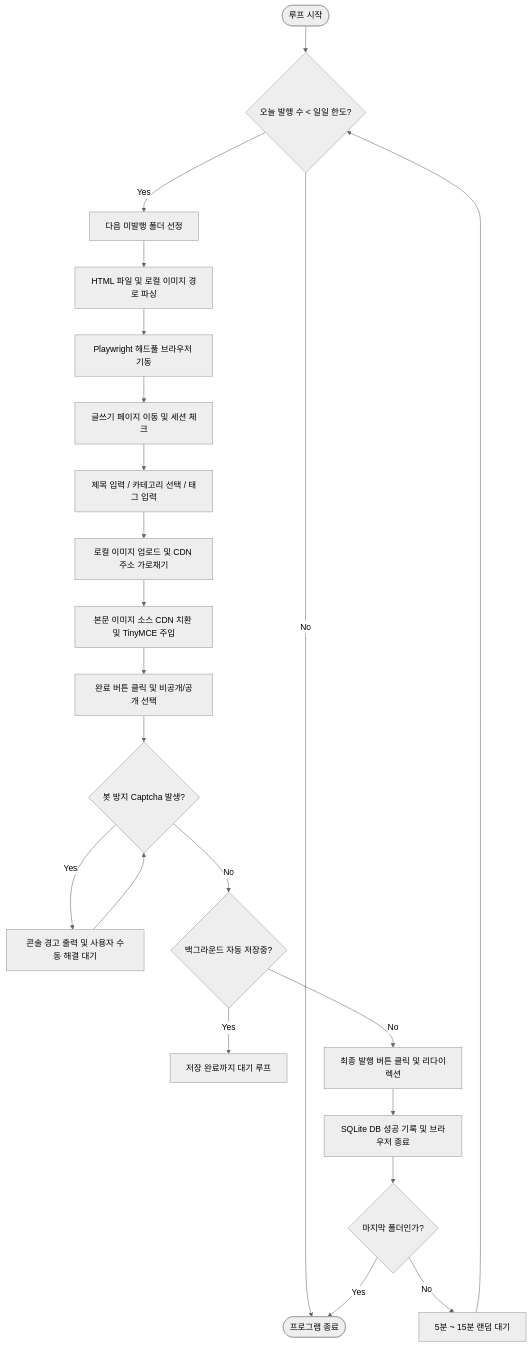
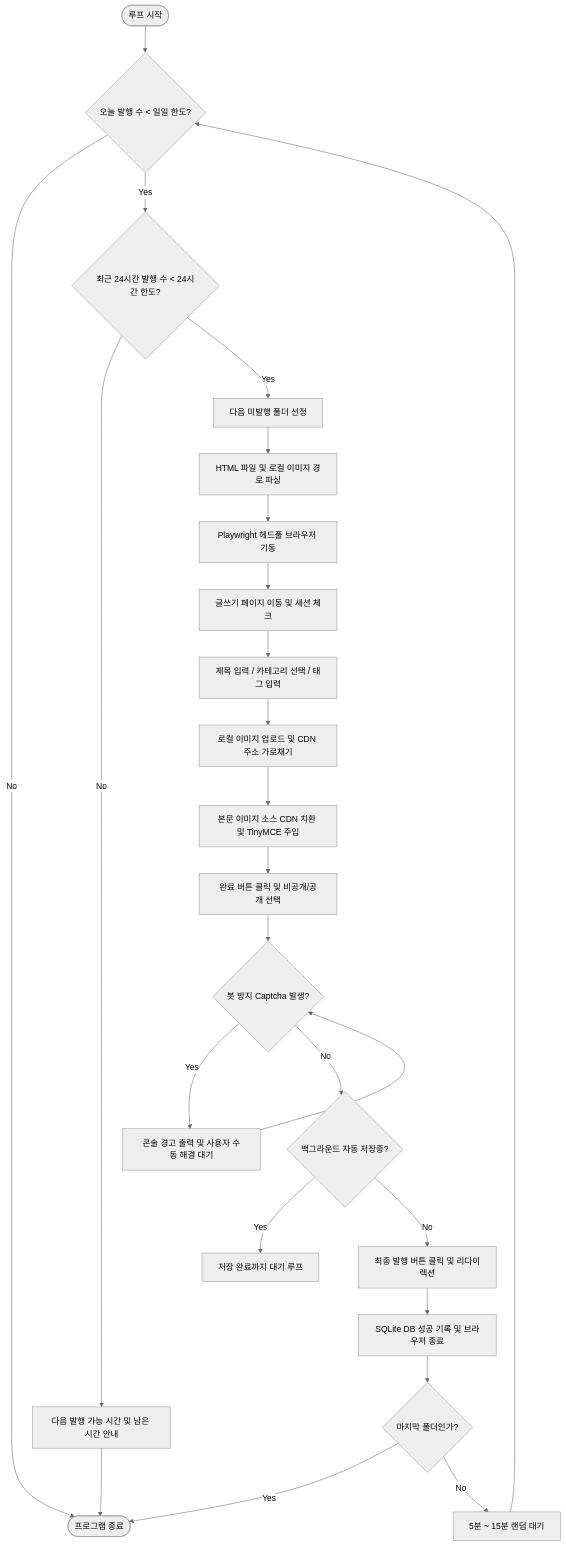
The second of 2 diagrams in architecture.md (ethanjoh/tistory_auto_posting), drawn with Mermaid (neutral theme) before and after one commit. The commit also changed other lines of this file and 3 other files, not shown here.

Commit message:
docs: update architecture documentation and execution instructions

````diff
--- a/architecture.md
+++ b/architecture.md
@@ -49,27 +50,30 @@
 ```mermaid
 flowchart TD
     Start([루프 시작]) --> ChkLimit{오늘 발행 수 < 일일 한도?}
     ChkLimit -- No --> End([프로그램 종료])
-    ChkLimit -- Yes --> FetchFolder[다음 미발행 폴더 선정]
+    ChkLimit -- Yes --> Chk24hLimit{최근 24시간 발행 수 < 24시간 한도?}
+    Chk24hLimit -- No --> ShowWaitTime[다음 발행 가능 시간 및 남은 시간 안내]
+    ShowWaitTime --> End
+    Chk24hLimit -- Yes --> FetchFolder[다음 미발행 폴더 선정]
     FetchFolder --> ParseHTML[HTML 파일 및 로컬 이미지 경로 파싱]
     ParseHTML --> LaunchBrowser[Playwright 헤드풀 브라우저 기동]
     LaunchBrowser --> GotoEditor[글쓰기 페이지 이동 및 세션 체크]
     
     GotoEditor --> InputMetadata[제목 입력 / 카테고리 선택 / 태그 입력]
     InputMetadata --> UploadImages[로컬 이미지 업로드 및 CDN 주소 가로채기]
     UploadImages --> ContentInject[본문 이미지 소스 CDN 치환 및 TinyMCE 주입]
     ContentInject --> OpenPublishDrawer[완료 버튼 클릭 및 비공개/공개 선택]
     
     OpenPublishDrawer --> ChkCaptcha{봇 방지 Captcha 발생?}
     ChkCaptcha -- Yes --> WaitCaptcha[콘솔 경고 출력 및 사용자 수동 해결 대기]
     WaitCaptcha --> ChkCaptcha
     ChkCaptcha -- No --> ChkAutoSave{백그라운드 자동 저장중?}
     ChkAutoSave -- Yes --> WaitAutoSave[저장 완료까지 대기 루프]
     ChkAutoSave -- No --> ClickPublish[최종 발행 버튼 클릭 및 리다이렉션]
     
     ClickPublish --> SuccessRecord[SQLite DB 성공 기록 및 브라우저 종료]
     SuccessRecord --> Delay{마지막 폴더인가?}
     Delay -- Yes --> End
     Delay -- No --> Sleep[5분 ~ 15분 랜덤 대기]
     Sleep --> ChkLimit
 ```
````
